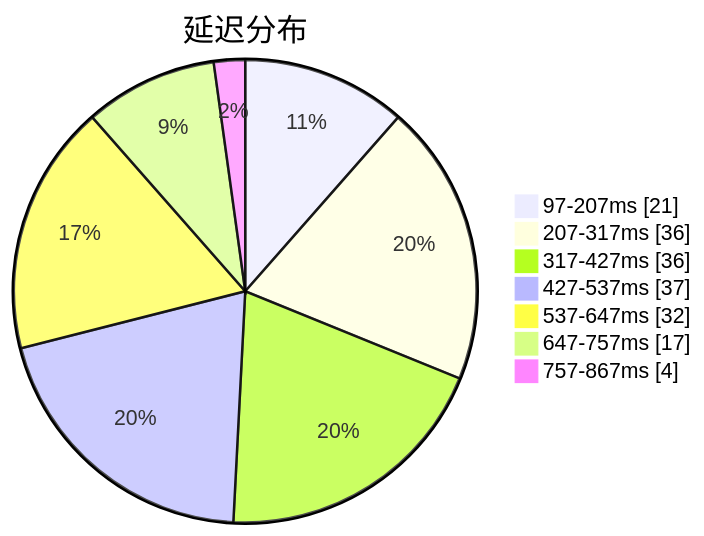
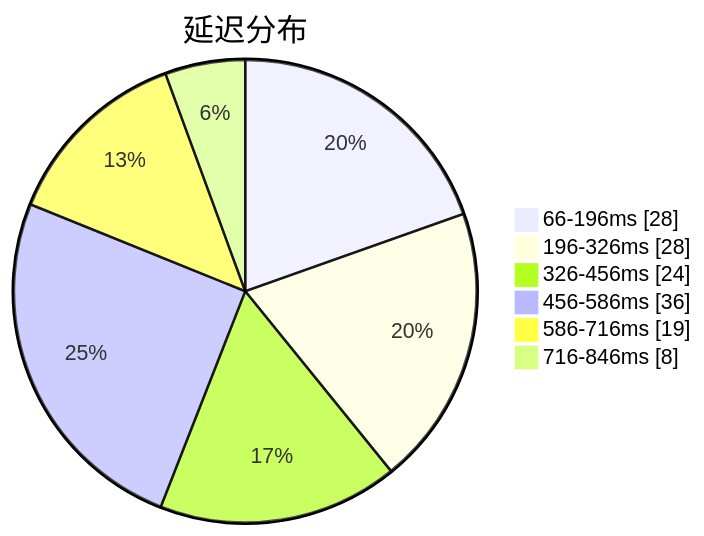
Before and after one commit to sinspired/airport: the first of 3 diagrams in subs/statistics/tested_within.md, drawn with Mermaid. The commit also changed other lines of this file and 2 other files, not shown here.

````diff
--- a/subs/statistics/tested_within.md
+++ b/subs/statistics/tested_within.md
@@ -2,11 +2,10 @@
 ```mermaid
 pie showData
 title 延迟分布
-"97-207ms" : 21
-"207-317ms" : 36
-"317-427ms" : 36
-"427-537ms" : 37
-"537-647ms" : 32
-"647-757ms" : 17
-"757-867ms" : 4
+"66-196ms" : 28
+"196-326ms" : 28
+"326-456ms" : 24
+"456-586ms" : 36
+"586-716ms" : 19
+"716-846ms" : 8
 ```
````
